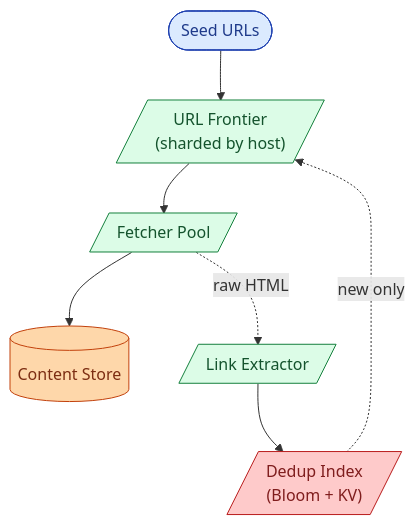
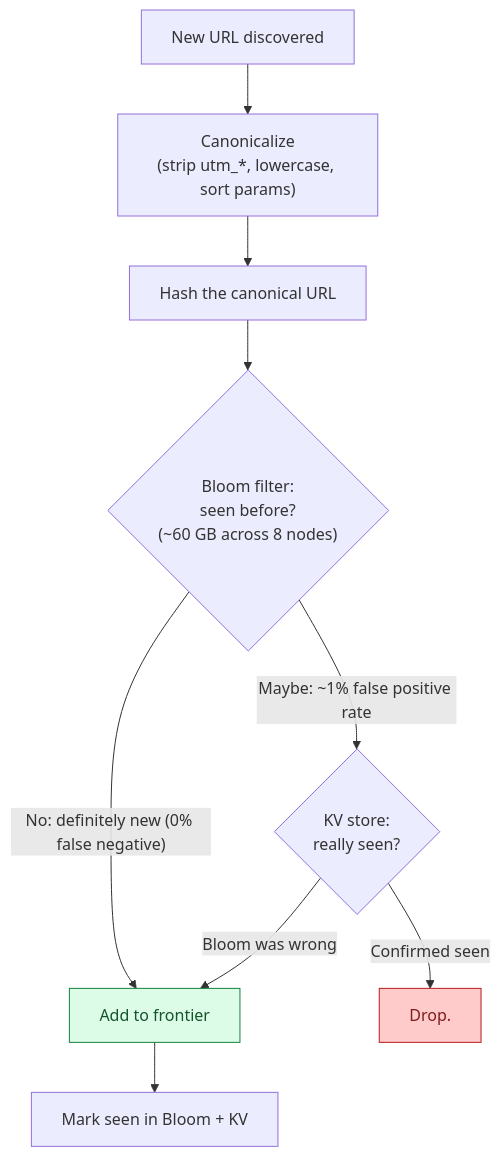
One commit to shiningflash/system-design changed the fourth of 9 diagrams in problems/008-web-crawler/question.md. Above: the diagram before and after it, drawn with Mermaid. The commit also changed other lines of this file and 37 other files, not shown here.

````diff
--- a/problems/008-web-crawler/question.md
+++ b/problems/008-web-crawler/question.md
@@ -294,14 +190,14 @@
 ```mermaid
-flowchart TB
-    Seeds([Seed URLs]):::user --> F[/"URL Frontier<br/>(sharded by host)"/]:::app
-    F --> W[/"Fetcher Pool"/]:::app
-    W --> Store[("Content Store")]:::db
-    W -.raw HTML.-> P[/"Link Extractor"/]:::app
-    P --> D[/"Dedup Index<br/>(Bloom + KV)"/]:::cache
-    D -.new only.-> F
+flowchart TD
+    A["New URL discovered"] --> B["Canonicalize<br/>(strip utm_*, lowercase, sort params)"]
+    B --> C["Hash the canonical URL"]
+    C --> D{"Bloom filter:<br/>seen before?<br/>(~60 GB across 8 nodes)"}
+    D -->|"No: definitely new (0% false negative)"| F["Add to frontier"]:::ok
+    D -->|"Maybe: ~1% false positive rate"| E{"KV store:<br/>really seen?"}
+    E -->|"Confirmed seen"| G["Drop."]:::bad
+    E -->|"Bloom was wrong"| F
+    F --> H["Mark seen in Bloom + KV"]
 
-    classDef user fill:#dbeafe,stroke:#1e40af,color:#1e3a8a
-    classDef app fill:#dcfce7,stroke:#15803d,color:#14532d
-    classDef db fill:#fed7aa,stroke:#c2410c,color:#7c2d12
-    classDef cache fill:#fecaca,stroke:#b91c1c,color:#7f1d1d
+    classDef ok fill:#dcfce7,stroke:#15803d,color:#14532d
+    classDef bad fill:#fecaca,stroke:#b91c1c,color:#7f1d1d
 ```
````
